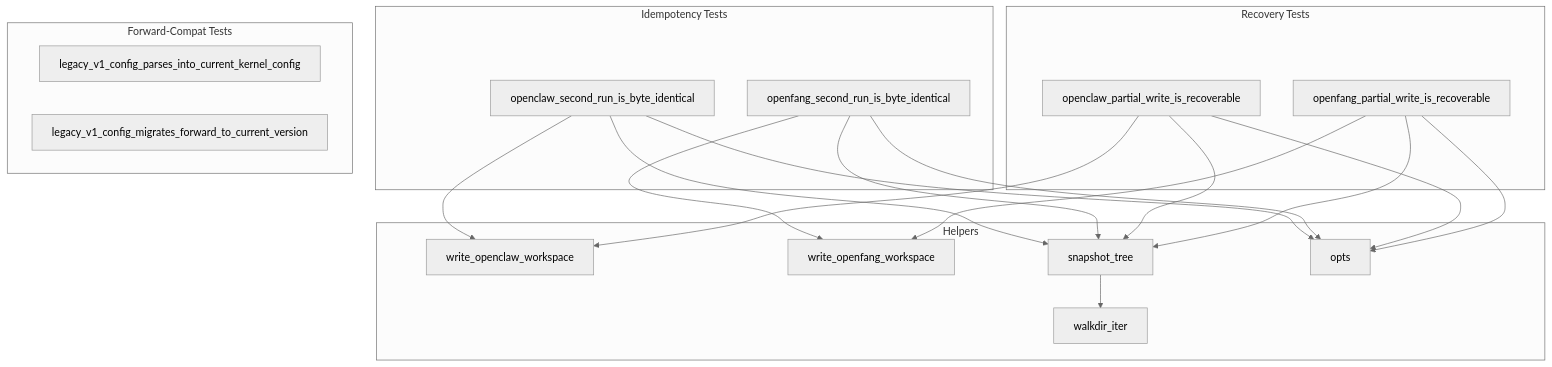
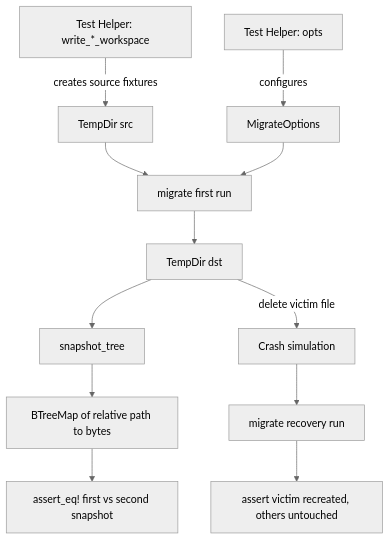
The diagram in other-librefang-migrate-tests.md (leszek3737/librefang-WIki), drawn with Mermaid (neutral theme) before and after one commit. The commit also changed other lines of this file and 119 other files, not shown here.

````diff
--- a/other-librefang-migrate-tests.md
+++ b/other-librefang-migrate-tests.md
@@ -17,39 +17,14 @@
 ```mermaid
 graph TD
-    subgraph "Helpers"
-        WO[write_openclaw_workspace]
-        WF[write_openfang_workspace]
-        SN[snapshot_tree]
-        WA[walkdir_iter]
-        OP[opts]
-    end
-
-    subgraph "Idempotency Tests"
-        T1[openclaw_second_run_is_byte_identical]
-        T2[openfang_second_run_is_byte_identical]
-    end
-
-    subgraph "Recovery Tests"
-        T3[openclaw_partial_write_is_recoverable]
-        T4[openfang_partial_write_is_recoverable]
-    end
-
-    subgraph "Forward-Compat Tests"
-        T5[legacy_v1_config_parses_into_current_kernel_config]
-        T6[legacy_v1_config_migrates_forward_to_current_version]
-    end
-
-    SN --> WA
-    T1 --> WO
-    T1 --> OP
-    T1 --> SN
-    T2 --> WF
-    T2 --> OP
-    T2 --> SN
-    T3 --> WO
-    T3 --> OP
-    T3 --> SN
-    T4 --> WF
-    T4 --> OP
-    T4 --> SN
+    A[Test Helper: write_*_workspace] -->|creates source fixtures| B[TempDir src]
+    C[Test Helper: opts] -->|configures| D[MigrateOptions]
+    B --> E[migrate first run]
+    D --> E
+    E --> F[TempDir dst]
+    F --> G[snapshot_tree]
+    G --> H[BTreeMap of relative path to bytes]
+    H --> I[assert_eq! first vs second snapshot]
+    F -->|delete victim file| J[Crash simulation]
+    J --> K[migrate recovery run]
+    K --> L[assert victim recreated, others untouched]
 ```
````
